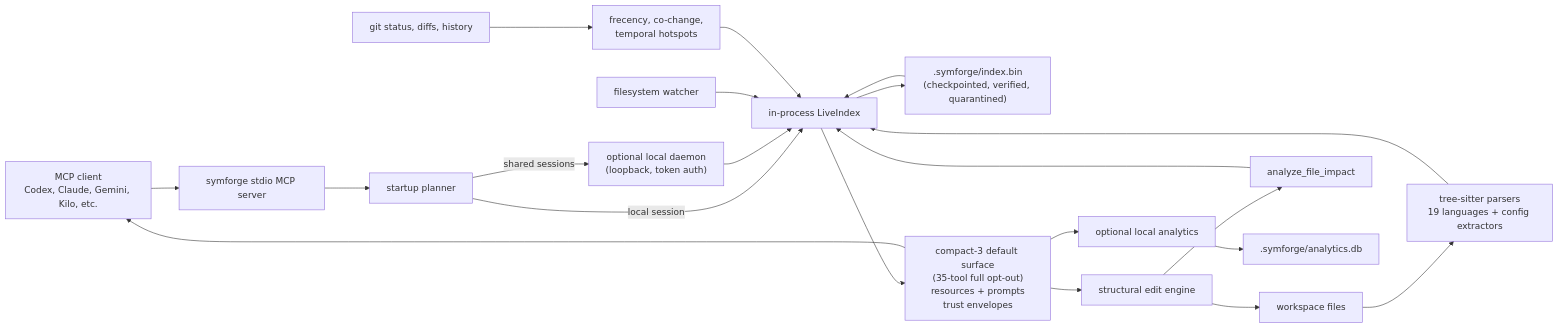
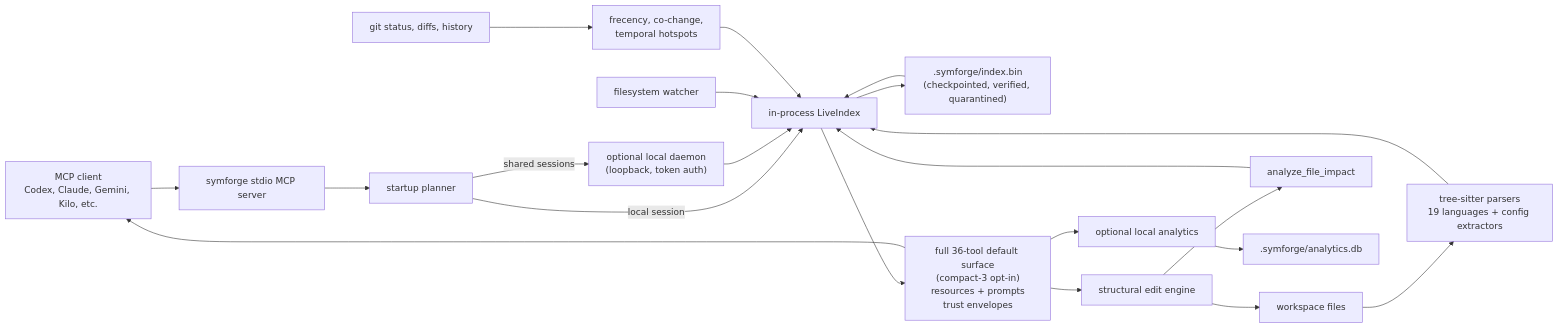
One commit to special-place-ai-heaven/symforge changed the first of 2 diagrams in README.md. Above: the diagram before and after it, drawn with Mermaid. The commit also changed other lines of this file and 8 other files, not shown here.

First line of the commit message:
feat(surface): flip default tools/list to full per spike-gate verdict

````diff
--- a/README.md
+++ b/README.md
@@ -126,29 +126,29 @@
 ```mermaid
 flowchart LR
     Client["MCP client<br/>Codex, Claude, Gemini, Kilo, etc."] --> Server["symforge stdio MCP server"]
 
     Server --> Startup["startup planner"]
     Startup -->|local session| Local["in-process LiveIndex"]
     Startup -->|shared sessions| Daemon["optional local daemon<br/>(loopback, token auth)"]
     Daemon --> Local
 
     Workspace["workspace files"] --> Parser["tree-sitter parsers<br/>19 languages + config extractors"]
     Parser --> Local
     Watcher["filesystem watcher"] --> Local
     Git["git status, diffs, history"] --> Signals["frecency, co-change,<br/>temporal hotspots"]
     Signals --> Local
 
     Local --> Snapshot[".symforge/index.bin<br/>(checkpointed, verified, quarantined)"]
     Snapshot --> Local
 
-    Local --> Tools["compact-3 default surface<br/>(35-tool full opt-out)<br/>resources + prompts<br/>trust envelopes"]
+    Local --> Tools["full 36-tool default surface<br/>(compact-3 opt-in)<br/>resources + prompts<br/>trust envelopes"]
     Tools --> Client
 
     Tools --> Edits["structural edit engine"]
     Edits --> Workspace
     Edits --> Impact["analyze_file_impact"]
     Impact --> Local
 
     Tools --> Analytics["optional local analytics"]
     Analytics --> AnalyticsDb[".symforge/analytics.db"]
 ```
````
